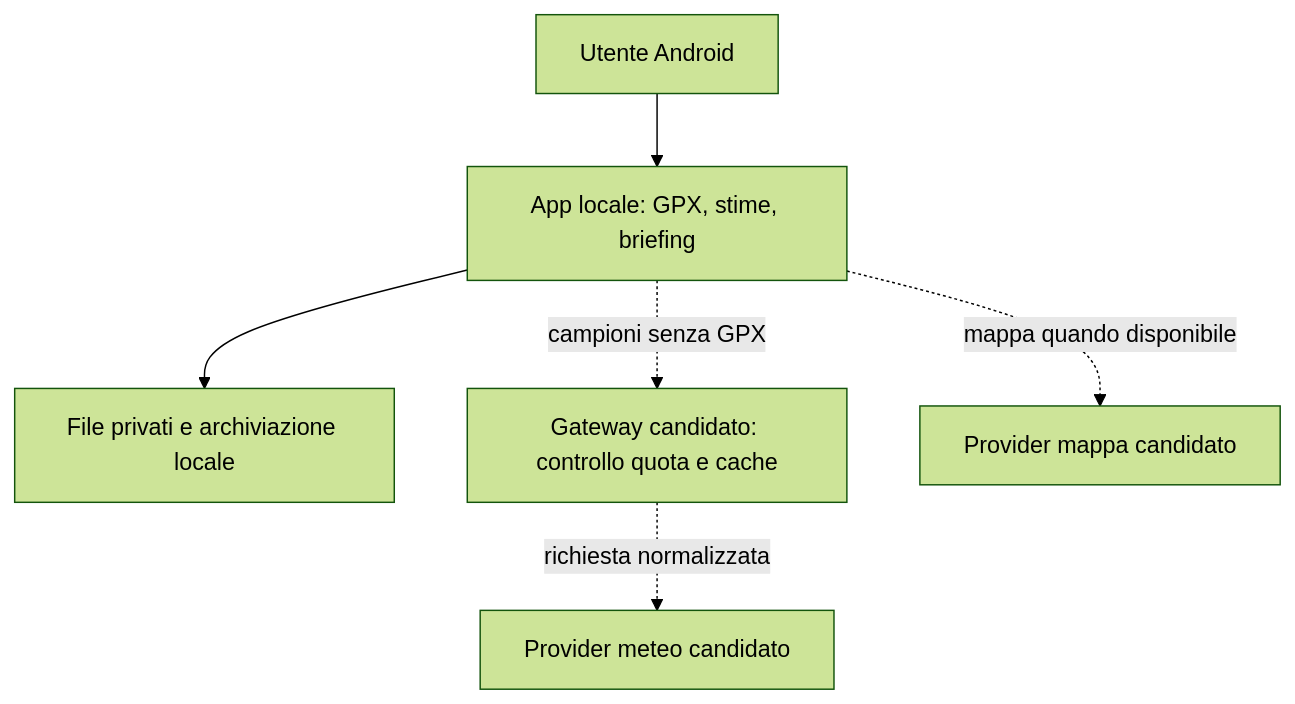
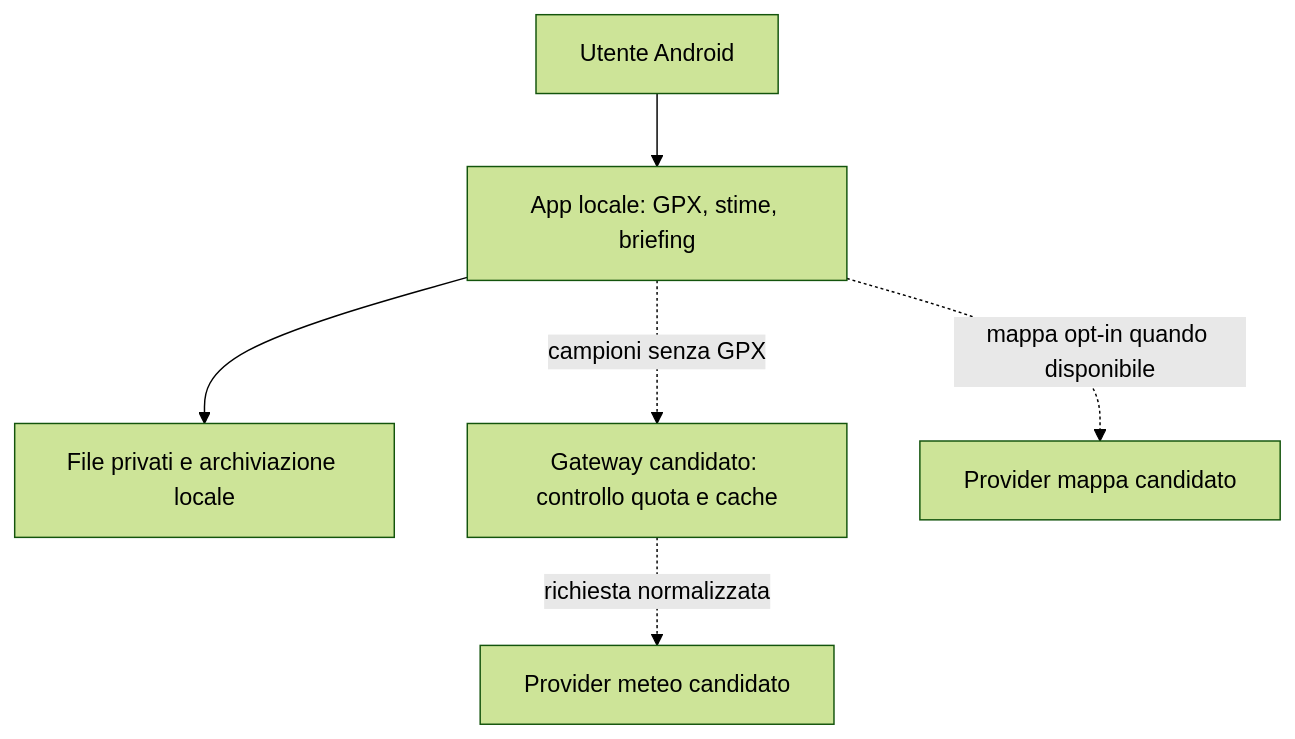
Before and after one commit to MicheleLaMacchia/trekcheck: the second of 2 diagrams in _bmad-output/planning-artifacts/architecture/architecture-TrekCheck-2026-11-21/ARCHITECTURE-SPINE.md, drawn with Mermaid (forest theme). The commit also changed other lines of this file and 5 other files, not shown here.

Commit message:
docs(planning): resolve architecture blockers, approve artifacts, align minSdk 26 and generate sprint-status

````diff
--- a/_bmad-output/planning-artifacts/architecture/architecture-TrekCheck-2026-11-21/ARCHITECTURE-SPINE.md
+++ b/_bmad-output/planning-artifacts/architecture/architecture-TrekCheck-2026-11-21/ARCHITECTURE-SPINE.md
@@ -104,8 +104,8 @@
 ```mermaid
 flowchart TB
  User[Utente Android] --> App[App locale: GPX, stime, briefing]
  App --> Store[File privati e archiviazione locale]
  App -. campioni senza GPX .-> Gateway[Gateway candidato: controllo quota e cache]
  Gateway -. richiesta normalizzata .-> Meteo[Provider meteo candidato]
- App -. mappa quando disponibile .-> Maps[Provider mappa candidato]
+ App -. mappa opt-in quando disponibile .-> Maps[Provider mappa candidato]
 ```
````
